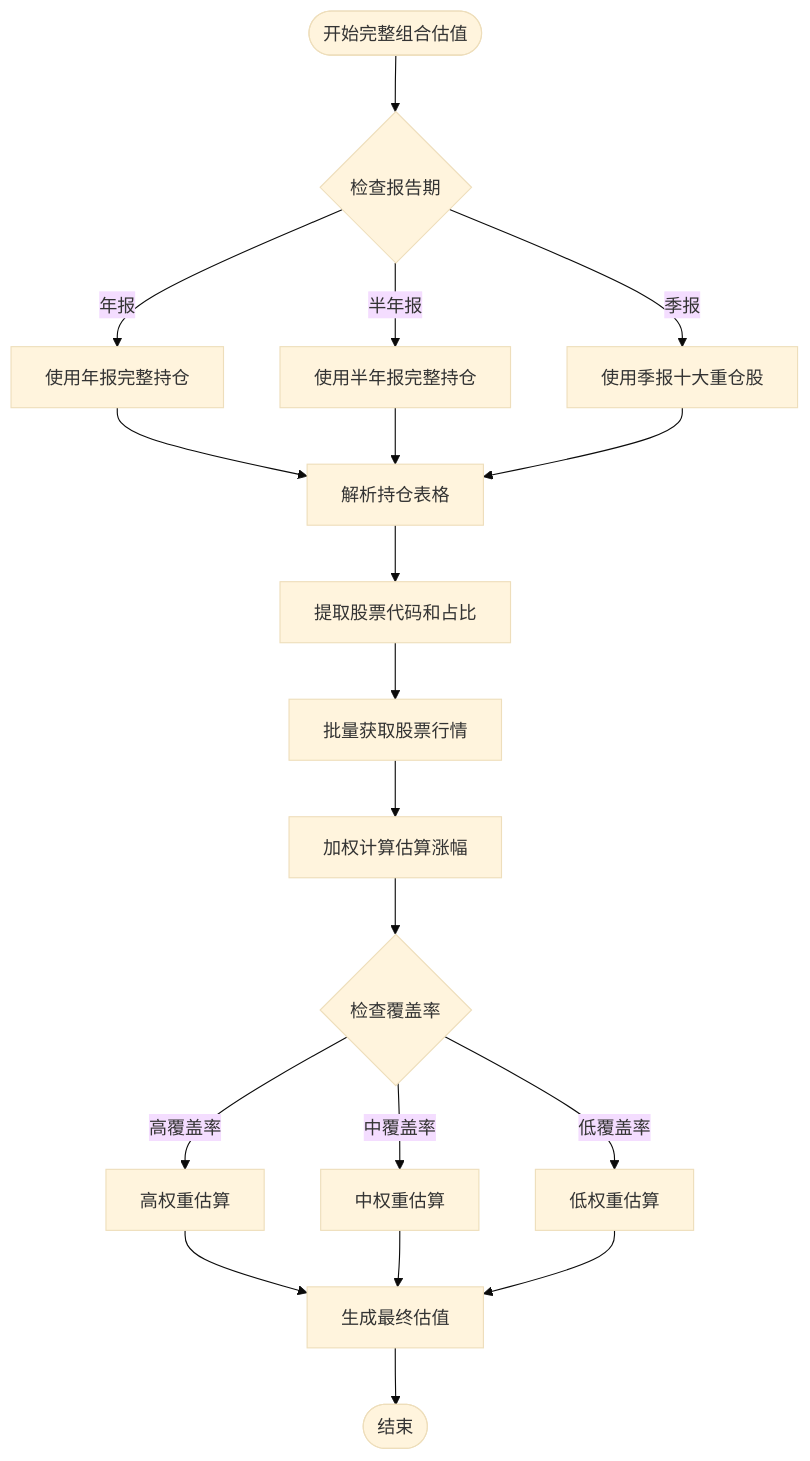
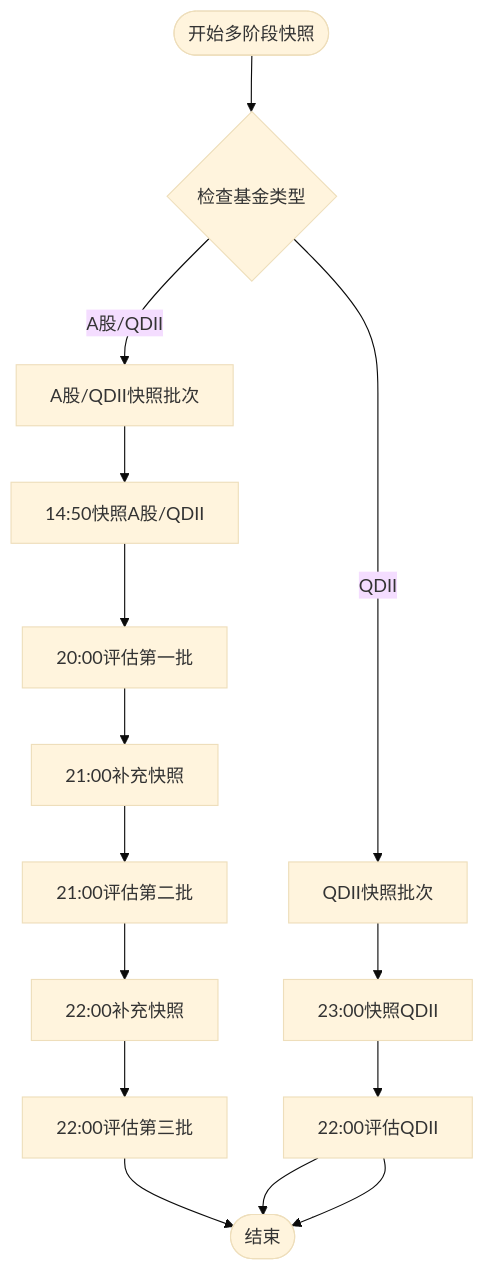
The third of 21 diagrams in .qoder/repowiki/zh/content/核心功能开发/多源基金估值系统.md (gree-coder/fund-butler), drawn with Mermaid (base theme) before and after one commit. The commit also changed other lines of this file and 23 other files, not shown here.

````diff
--- a/.qoder/repowiki/zh/content/核心功能开发/多源基金估值系统.md
+++ b/.qoder/repowiki/zh/content/核心功能开发/多源基金估值系统.md
@@ -281,21 +229,17 @@
 ```mermaid
 flowchart TD
-Start([开始完整组合估值]) --> CheckReport{检查报告期}
-CheckReport --> |年报| UseAnnual[使用年报完整持仓]
-CheckReport --> |半年报| UseHalfYear[使用半年报完整持仓]
-CheckReport --> |季报| UseQuarter[使用季报十大重仓股]
-UseAnnual --> ParseTable[解析持仓表格]
-UseHalfYear --> ParseTable
-UseQuarter --> ParseTable
-ParseTable --> ExtractHoldings[提取股票代码和占比]
-ExtractHoldings --> BatchRequest[批量获取股票行情]
-BatchRequest --> WeightCalc[加权计算估算涨幅]
-WeightCalc --> CoverageCheck{检查覆盖率}
-CoverageCheck --> |高覆盖率| HighWeight[高权重估算]
-CoverageCheck --> |中覆盖率| MediumWeight[中权重估算]
-CoverageCheck --> |低覆盖率| LowWeight[低权重估算]
-HighWeight --> FinalEstimate[生成最终估值]
-MediumWeight --> FinalEstimate
-LowWeight --> FinalEstimate
-FinalEstimate --> End([结束])
+Start([开始多阶段快照]) --> CheckType{检查基金类型}
+CheckType --> |A股/QDII| DomesticBatch[A股/QDII快照批次]
+CheckType --> |QDII| QdiBatch[QDII快照批次]
+DomesticBatch --> Snapshot1[14:50快照A股/QDII]
+Snapshot1 --> Evaluate1[20:00评估第一批]
+Evaluate1 --> Snapshot2[21:00补充快照]
+Snapshot2 --> Evaluate2[21:00评估第二批]
+Evaluate2 --> Snapshot3[22:00补充快照]
+Snapshot3 --> Evaluate3[22:00评估第三批]
+QdiBatch --> SnapshotQDII[23:00快照QDII]
+SnapshotQDII --> EvaluateQDII[22:00评估QDII]
+EvaluateQDII --> End([结束])
+Evaluate3 --> End
+EvaluateQDII --> End
 ```
````
